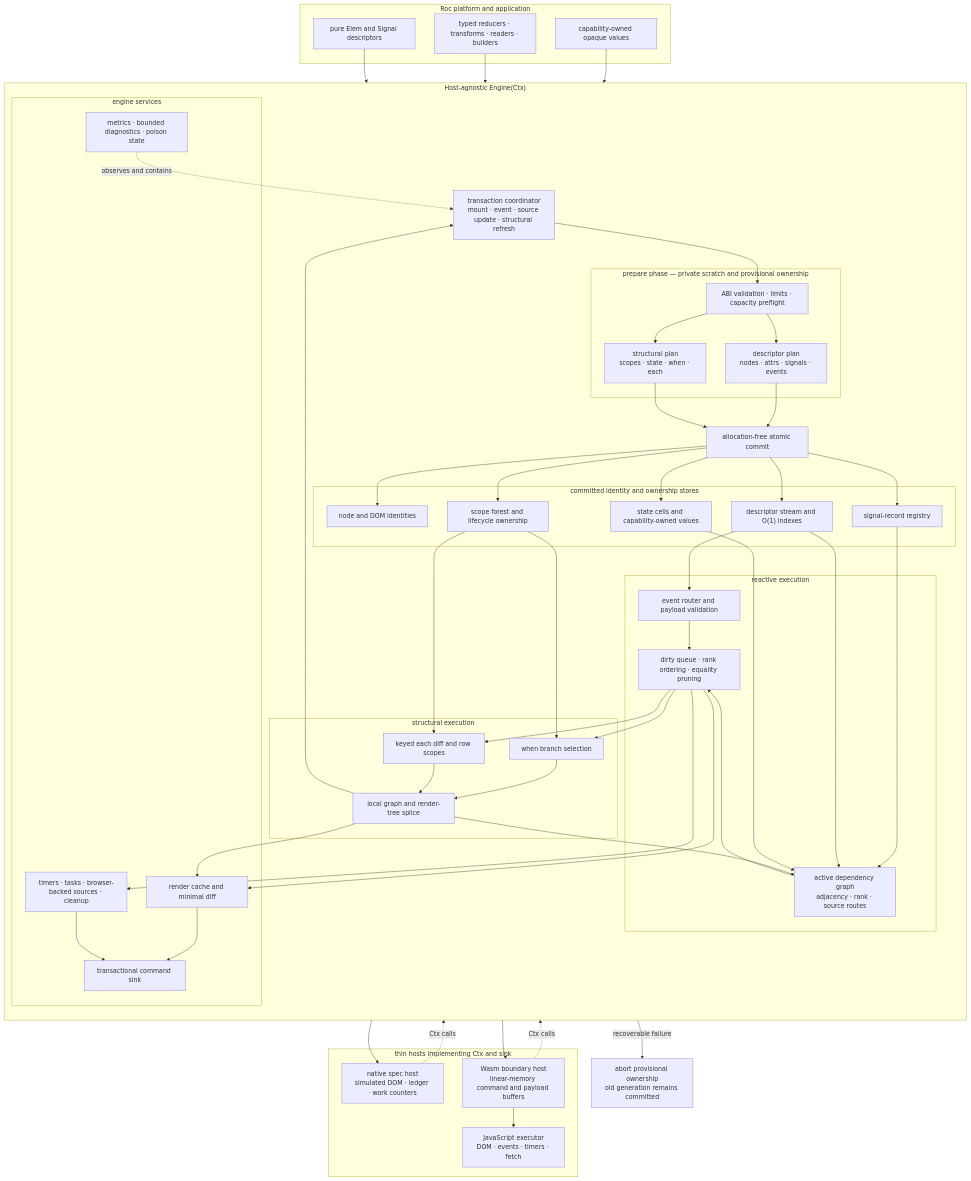
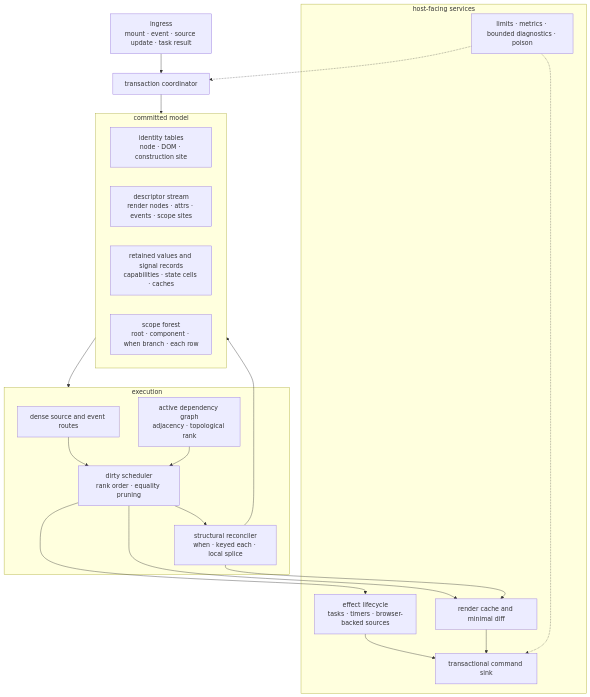
Before and after one commit to lukewilliamboswell/roc-signals: the second of 3 diagrams in design.md, drawn with Mermaid. The commit also changed other lines of this file, not shown here.

Commit message:
Clarify engine architecture diagrams

````diff
--- a/design.md
+++ b/design.md
@@ -907,98 +908,39 @@
 ```mermaid
 flowchart TB
-    subgraph Roc["Roc platform and application"]
-        App["pure Elem and Signal descriptors"]
-        Callbacks["typed reducers · transforms · readers · builders"]
-        Values["capability-owned opaque values"]
+    Ingress["ingress<br/>mount · event · source update · task result"] --> Tx["transaction coordinator"]
+
+    subgraph Model["committed model"]
+        Identity["identity tables<br/>node · DOM · construction site"]
+        Desc["descriptor stream<br/>render nodes · attrs · events · scope sites"]
+        Values["retained values and signal records<br/>capabilities · state cells · caches"]
+        Scope["scope forest<br/>root · component · when branch · each row"]
     end
 
-    subgraph Core["Host-agnostic Engine(Ctx)"]
-        direction TB
-
-        Inputs["transaction coordinator<br/>mount · event · source update · structural refresh"]
-
-        subgraph Prepare["prepare phase — private scratch and provisional ownership"]
-            Validate["ABI validation · limits · capacity preflight"]
-            DescriptorPlan["descriptor plan<br/>nodes · attrs · signals · events"]
-            StructuralPlan["structural plan<br/>scopes · state · when · each"]
-        end
-
-        Commit["allocation-free atomic commit"]
-
-        subgraph Stores["committed identity and ownership stores"]
-            Identities["node and DOM identities"]
-            Descriptors["descriptor stream and O(1) indexes"]
-            Records["signal-record registry"]
-            Scopes["scope forest and lifecycle ownership"]
-            State["state cells and capability-owned values"]
-        end
-
-        subgraph Reactive["reactive execution"]
-            Events["event router and payload validation"]
-            Graph["active dependency graph<br/>adjacency · rank · source routes"]
-            Scheduler["dirty queue · rank ordering · equality pruning"]
-        end
-
-        subgraph Structure["structural execution"]
-            When["when branch selection"]
-            Each["keyed each diff and row scopes"]
-            Splice["local graph and render-tree splice"]
-        end
-
-        subgraph Services["engine services"]
-            Effects["timers · tasks · browser-backed sources · cleanup"]
-            Render["render cache and minimal diff"]
-            Commands["transactional command sink"]
-            Observe["metrics · bounded diagnostics · poison state"]
-        end
+    subgraph Execute["execution"]
+        Route["dense source and event routes"]
+        Graph["active dependency graph<br/>adjacency · topological rank"]
+        Schedule["dirty scheduler<br/>rank order · equality pruning"]
+        Structure["structural reconciler<br/>when · keyed each · local splice"]
     end
 
-    subgraph Hosts["thin hosts implementing Ctx and sink"]
-        Native["native spec host<br/>simulated DOM · ledger · work counters"]
-        Wasm["Wasm boundary host<br/>linear-memory command and payload buffers"]
-        Browser["JavaScript executor<br/>DOM · events · timers · fetch"]
+    subgraph Services["host-facing services"]
+        Effects["effect lifecycle<br/>tasks · timers · browser-backed sources"]
+        Render["render cache and minimal diff"]
+        Sink["transactional command sink"]
+        Safety["limits · metrics · bounded diagnostics · poison"]
     end
 
-    App --> Inputs
-    Callbacks --> Inputs
-    Values --> Inputs
-    Inputs --> Validate
-    Validate --> DescriptorPlan
-    Validate --> StructuralPlan
-    DescriptorPlan --> Commit
-    StructuralPlan --> Commit
-    Validate -->|recoverable failure| Abort["abort provisional ownership<br/>old generation remains committed"]
-
-    Commit --> Identities
-    Commit --> Descriptors
-    Commit --> Records
-    Commit --> Scopes
-    Commit --> State
-
-    Descriptors --> Events
-    Records --> Graph
-    Descriptors --> Graph
-    Events --> Scheduler
-    Graph --> Scheduler
-    Scheduler --> Render
-    Scheduler --> Effects
-    Scheduler --> When
-    Scheduler --> Each
-    When --> Splice
-    Each --> Splice
-    Scopes --> When
-    Scopes --> Each
-    State --> Graph
-    Splice --> Graph
-    Splice --> Render
-    Splice --> Inputs
-
-    Render --> Commands
-    Effects --> Commands
-    Observe -. observes and contains .-> Inputs
-    Commands --> Native
-    Commands --> Wasm
-    Wasm --> Browser
-    Native -. Ctx calls .-> Inputs
-    Wasm -. Ctx calls .-> Inputs
+    Tx --> Model
+    Model --> Execute
+    Route --> Schedule
+    Graph --> Schedule
+    Schedule --> Structure
+    Schedule --> Effects
+    Schedule --> Render
+    Structure --> Model
+    Structure --> Render
+    Effects --> Sink
+    Render --> Sink
+    Safety -.-> Tx
+    Safety -.-> Sink
 ```
````
